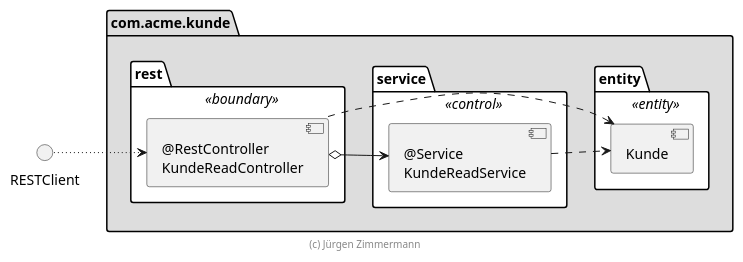
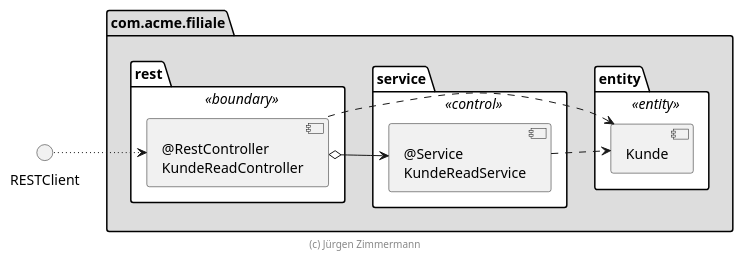
The diagram in extras/doc/komponenten.plantuml (buecktobias/SWA_filiale), drawn with PlantUML before and after one commit. The commit also changed 125 other files, not shown here.

```diff
--- a/extras/doc/komponenten.plantuml
+++ b/extras/doc/komponenten.plantuml
@@ -15,27 +15,27 @@
 @startuml Komponenten
 
 left to right direction
 
-package com.acme.kunde #DDDDDD {
+package com.acme.filiale #DDDDDD {
     package rest <<boundary>> #FFFFFF {
         [@RestController\nKundeReadController] as KundeReadController
     }
 
     package service <<control>> #FFFFFF {
         [@Service\nKundeReadService] as KundeReadService
     }
 
     package entity <<entity>> #FFFFFF {
         [Kunde]
     }
 }
 
 RESTClient ~~> [KundeReadController]
 
 [KundeReadController] o--> [KundeReadService]
 [KundeReadController] .up.> [Kunde]
 [KundeReadService] ..> [Kunde]
 
 footer (c) Jürgen Zimmermann
 
 @enduml
```
